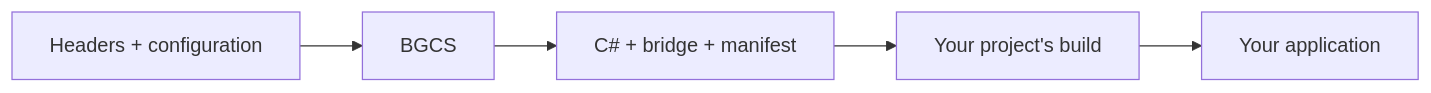
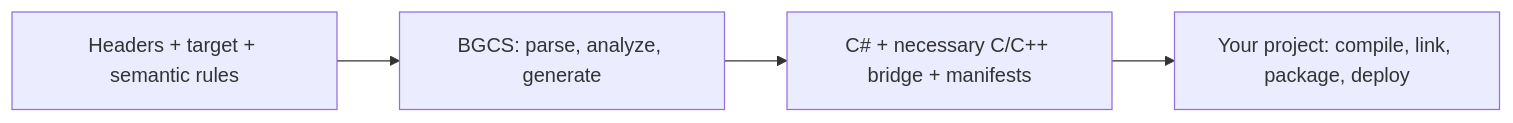
Before and after one commit to FLwolfy/BindGen-CS: the diagram in README.md, drawn with Mermaid. The commit also changed other lines of this file and 1933 other files, not shown here.

````diff
--- a/README.md
+++ b/README.md
@@ -16,7 +13,6 @@
 ```mermaid
 flowchart LR
-    I["Headers + configuration"] --> G["BGCS"]
-    G --> O["C# + bridge + manifest"]
-    O --> B["Your project's build"]
-    B --> A["Your application"]
+    H["Headers + target + semantic rules"] --> G["BGCS: parse, analyze, generate"]
+    G --> S["C# + necessary C/C++ bridge + manifests"]
+    S --> P["Your project: compile, link, package, deploy"]
 ```
````
